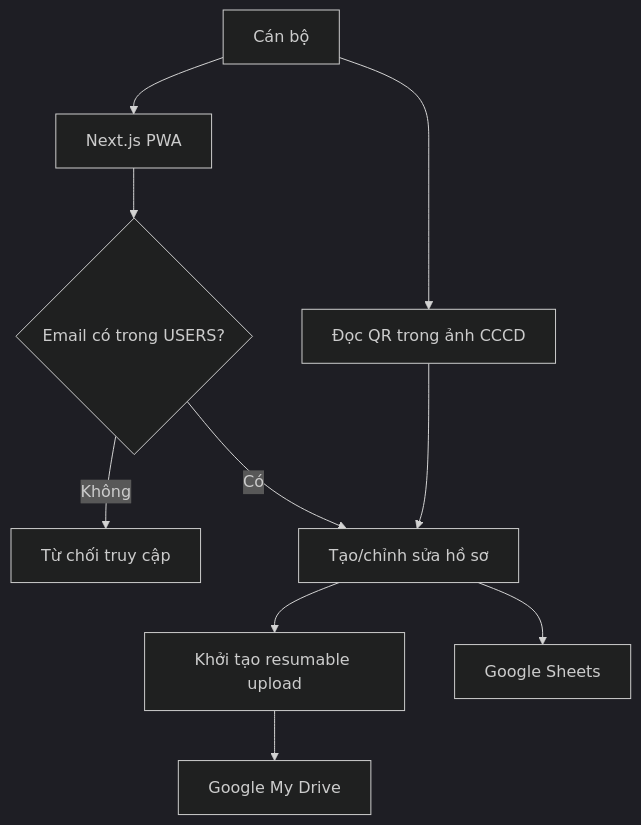
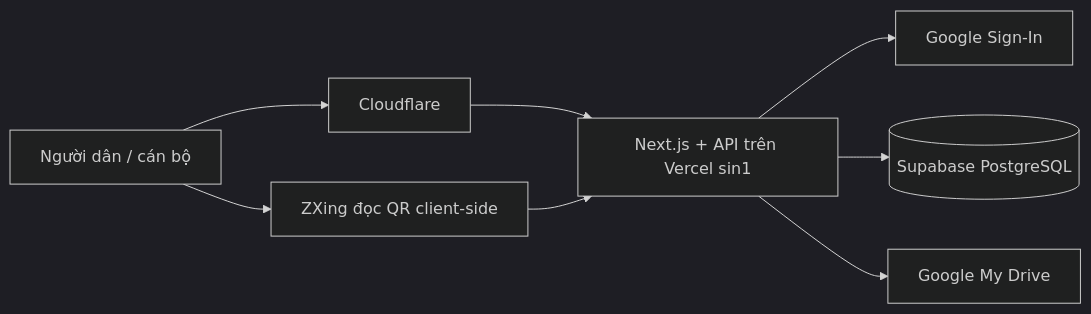
Before and after one commit to vi-phuong-158/capphongchau: the diagram in docs/architecture.md, drawn with Mermaid (dark theme). The commit also changed other lines of this file and 32 other files, not shown here.

````diff
--- a/docs/architecture.md
+++ b/docs/architecture.md
@@ -19,12 +13,10 @@
 ```mermaid
-flowchart TD
-    A[Cán bộ] --> B[Next.js PWA]
-    B --> C{Email có trong USERS?}
-    C -- Không --> D[Từ chối truy cập]
-    C -- Có --> E[Tạo/chỉnh sửa hồ sơ]
-    E --> F[Khởi tạo resumable upload]
-    F --> G[Google My Drive]
-    E --> H[Google Sheets]
-    A --> I[Đọc QR trong ảnh CCCD]
-    I --> E
+flowchart LR
+    U[Người dân / cán bộ] --> C[Cloudflare]
+    C --> V[Next.js + API trên Vercel sin1]
+    V --> A[Google Sign-In]
+    V --> P[(Supabase PostgreSQL)]
+    V --> D[Google My Drive]
+    U --> Q[ZXing đọc QR client-side]
+    Q --> V
 ```
````
